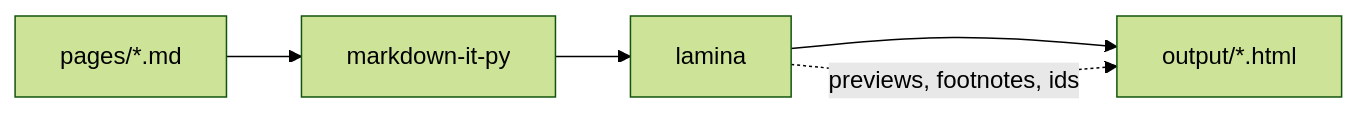
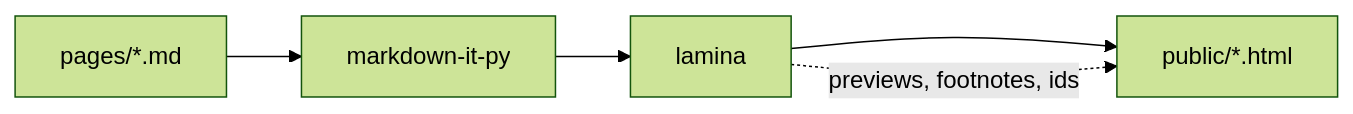
One commit to wilbeibi/lamina changed the diagram in example/pages/notes/2026-09-08-index.md. Above: the diagram before and after it, drawn with Mermaid (forest theme). The commit also changed 5 other files, not shown here.

First line of the commit message:
Build into public/ instead of output/

````diff
--- a/example/pages/notes/2026-09-08-index.md
+++ b/example/pages/notes/2026-09-08-index.md
@@ -40,5 +40,5 @@
 ```mermaid
 flowchart LR
-  md[pages/*.md] --> markdown-it-py --> lamina --> out[output/*.html]
+  md[pages/*.md] --> markdown-it-py --> lamina --> out[public/*.html]
   lamina -. previews, footnotes, ids .-> out
 ```
````
